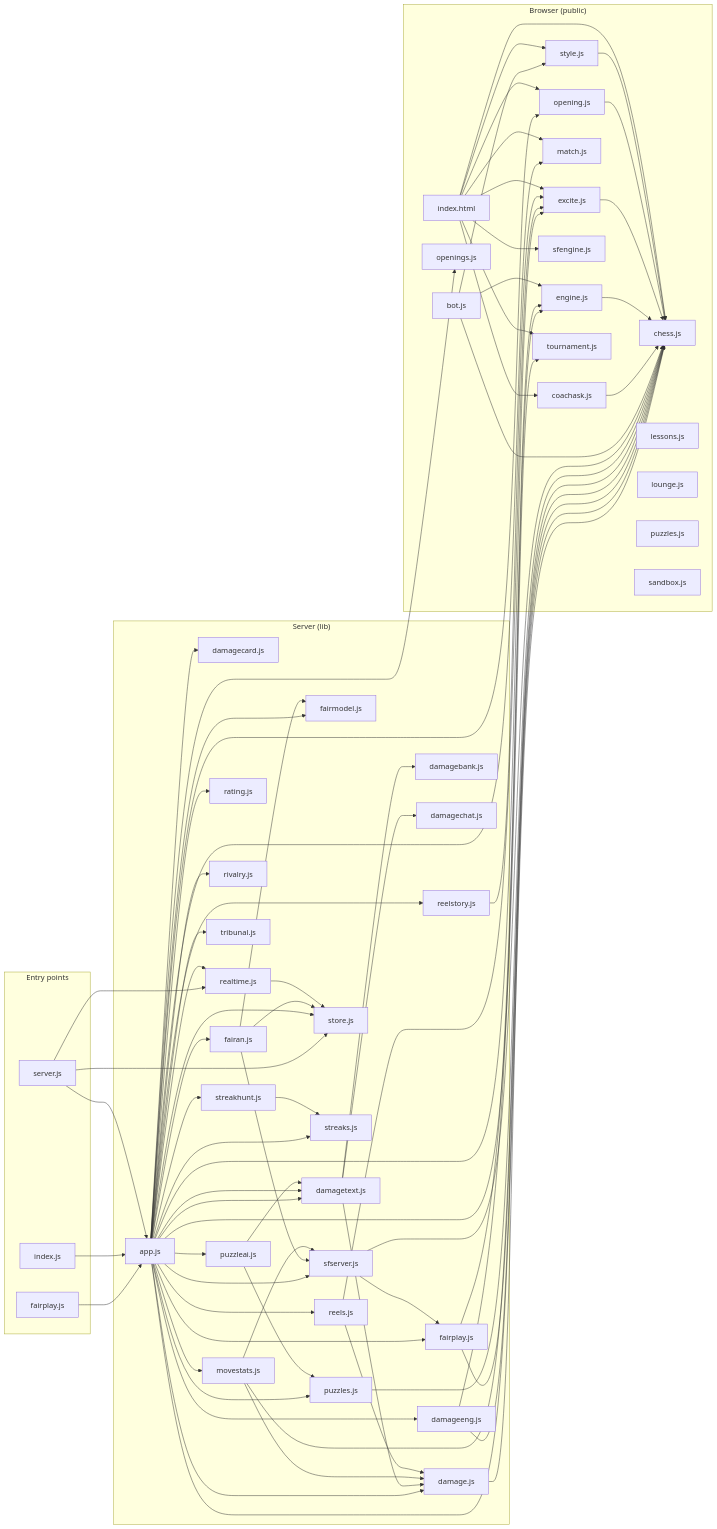
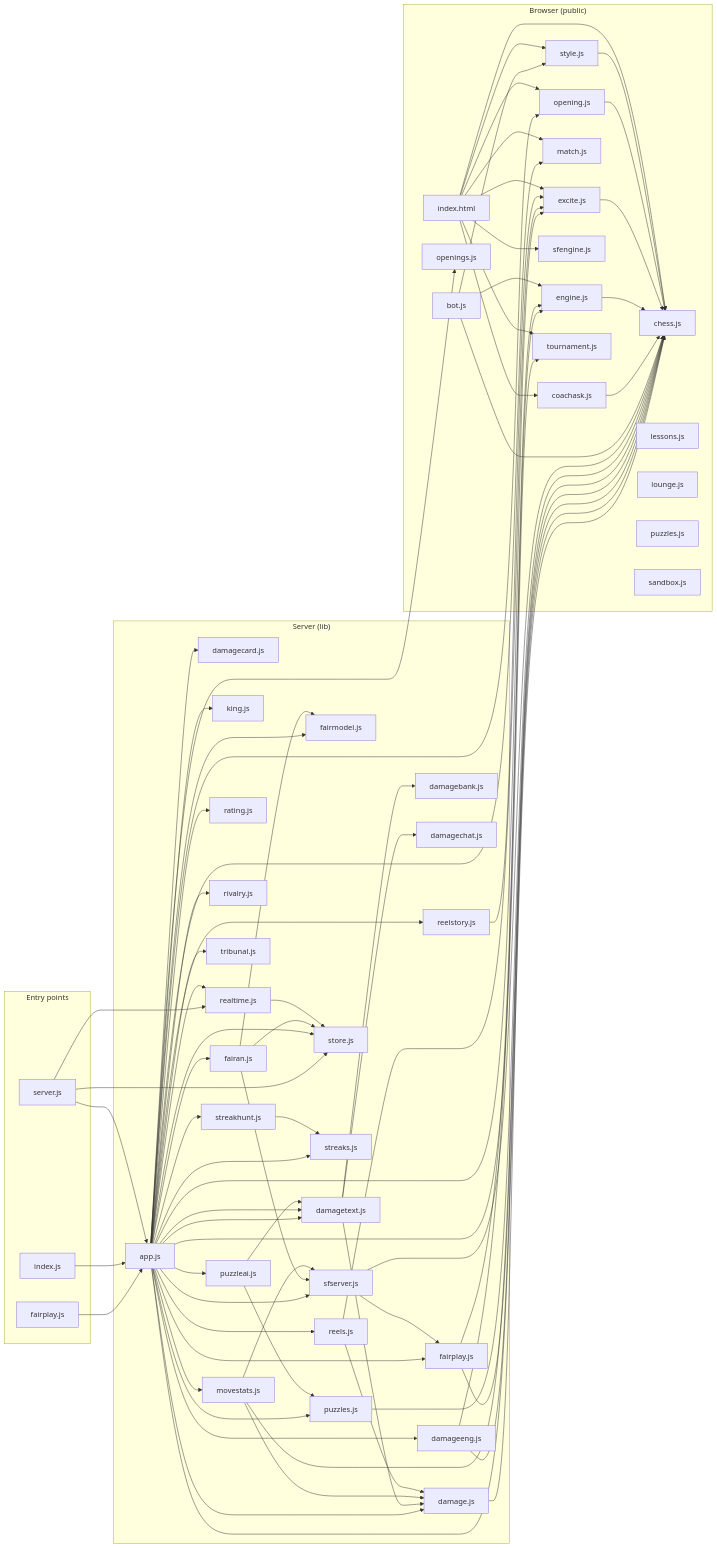
Before and after one commit to Vihaancoding/chess-with-friends: the diagram in docs/code-map.md, drawn with Mermaid. The commit also changed other lines of this file and 6 other files, not shown here.

```diff
--- a/docs/code-map.md
+++ b/docs/code-map.md
@@ -20,6 +20,7 @@
     lib_fairan_js["fairan.js"]
     lib_fairmodel_js["fairmodel.js"]
     lib_fairplay_js["fairplay.js"]
+    lib_king_js["king.js"]
     lib_movestats_js["movestats.js"]
     lib_puzzleai_js["puzzleai.js"]
     lib_puzzles_js["puzzles.js"]
@@ -78,6 +79,7 @@
   lib_app_js --> lib_reels_js
   lib_app_js --> lib_reelstory_js
   lib_app_js --> public_excite_js
+  lib_app_js --> lib_king_js
   lib_app_js --> lib_tribunal_js
   lib_app_js --> lib_sfserver_js
   lib_app_js --> lib_fairan_js
```
